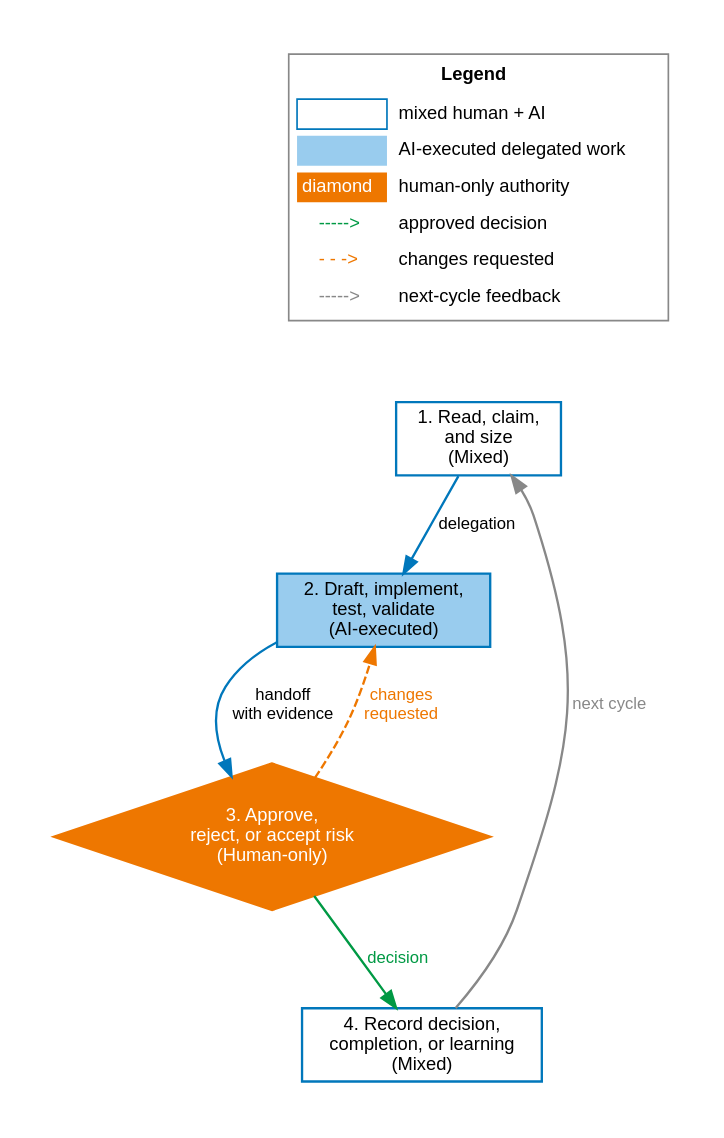
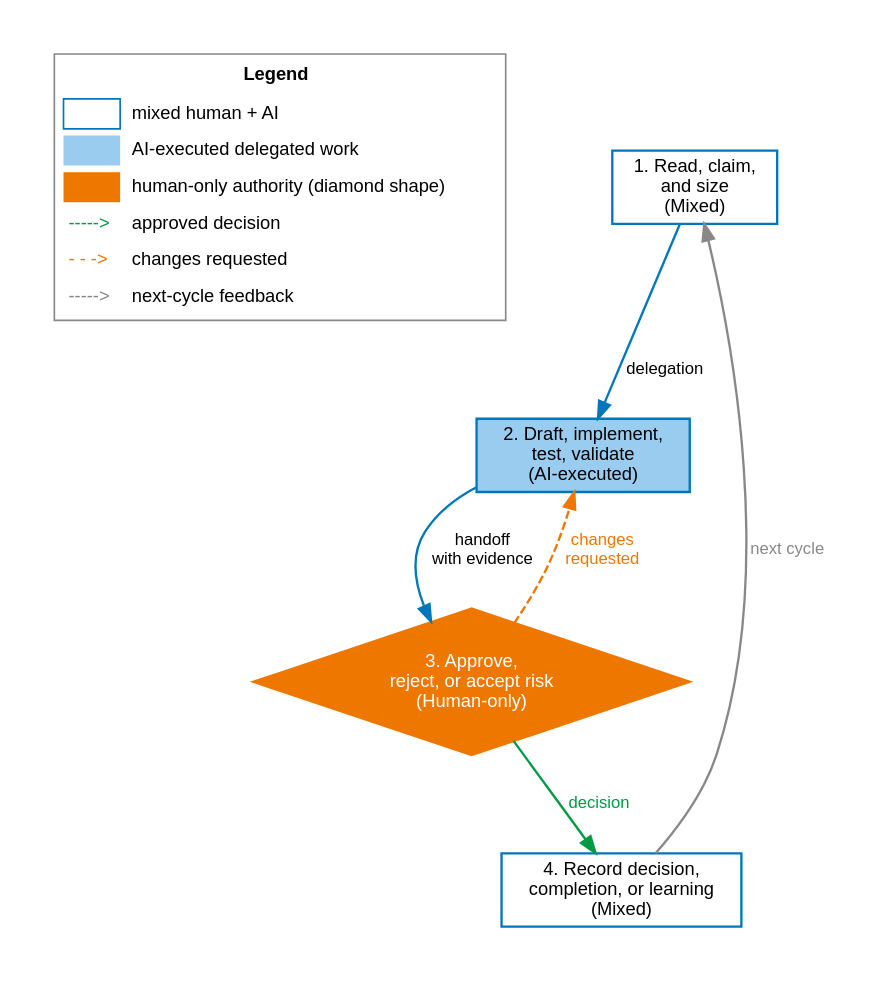
One commit to janipaijanen/agf-mirror changed the diagram in agf/docs/figures/src/operating-responsibility-map.dot. Above: the diagram before and after it, drawn with Graphviz. The commit also changed 15 other files, not shown here.

First line of the commit message:
fix: remove leftover shape-name text from diagram legend swatches

```diff
--- a/agf/docs/figures/src/operating-responsibility-map.dot
+++ b/agf/docs/figures/src/operating-responsibility-map.dot
@@ -1,42 +1,43 @@
 // SPDX-License-Identifier: CC-BY-SA-4.0
 // agents-govern: day-to-day responsibility modes
 // Generate: dot -Tsvg operating-responsibility-map.dot -o ../operating-responsibility-map.svg
 digraph operating_responsibility_map {
     graph [rankdir=TB, splines=spline, pad=0.35, nodesep=0.45, ranksep=0.65,
            bgcolor=white, fontname="Helvetica", fontsize=12, compound=true]
     node  [fontname="Helvetica", fontsize=11, style=filled, shape=box,
            fillcolor=white, color="#0077BB", penwidth=1.4]
     edge  [fontname="Helvetica", fontsize=10, color="#0077BB", penwidth=1.4]
 
     legend [shape=plain, label=<
         <TABLE BORDER="1" CELLBORDER="0" CELLSPACING="4" CELLPADDING="3" COLOR="#888888" BGCOLOR="white">
             <TR><TD COLSPAN="2"><B>Legend</B></TD></TR>
             <TR><TD BORDER="1" COLOR="#0077BB" WIDTH="28"></TD><TD ALIGN="LEFT">mixed human + AI</TD></TR>
             <TR><TD BGCOLOR="#99CCEE" WIDTH="28"></TD><TD ALIGN="LEFT">AI-executed delegated work</TD></TR>
-            <TR><TD BGCOLOR="#EE7700" WIDTH="28"><FONT COLOR="white">diamond</FONT></TD><TD ALIGN="LEFT">human-only authority</TD></TR>
+            <TR><TD BGCOLOR="#EE7700" WIDTH="28"></TD><TD ALIGN="LEFT">human-only authority (diamond shape)</TD></TR>
             <TR><TD><FONT COLOR="#009944">-----&gt;</FONT></TD><TD ALIGN="LEFT">approved decision</TD></TR>
             <TR><TD><FONT COLOR="#EE7700">- - -&gt;</FONT></TD><TD ALIGN="LEFT">changes requested</TD></TR>
             <TR><TD><FONT COLOR="#888888">-----&gt;</FONT></TD><TD ALIGN="LEFT">next-cycle feedback</TD></TR>
         </TABLE>
     >]
 
     read    [label="1. Read, claim,\nand size\n(Mixed)", fillcolor=white]
     execute [label="2. Draft, implement,\ntest, validate\n(AI-executed)",
              fillcolor="#99CCEE"]
     decide  [label="3. Approve,\nreject, or accept risk\n(Human-only)",
              shape=diamond, fillcolor="#EE7700", fontcolor=white,
              color="#EE7700"]
     record  [label="4. Record decision,\ncompletion, or learning\n(Mixed)",
              fillcolor=white]
 
     read -> execute [label="delegation"]
     execute -> decide [label="handoff\nwith evidence"]
     decide -> execute [label="changes\nrequested", style=dashed,
                        color="#EE7700", fontcolor="#EE7700"]
     decide -> record [label="decision", color="#009944",
                       fontcolor="#009944"]
     record -> read [label="next cycle", color="#888888",
                     fontcolor="#888888"]
 
+    {rank=same; legend; read}
     legend -> read [style=invis]
 }
```
